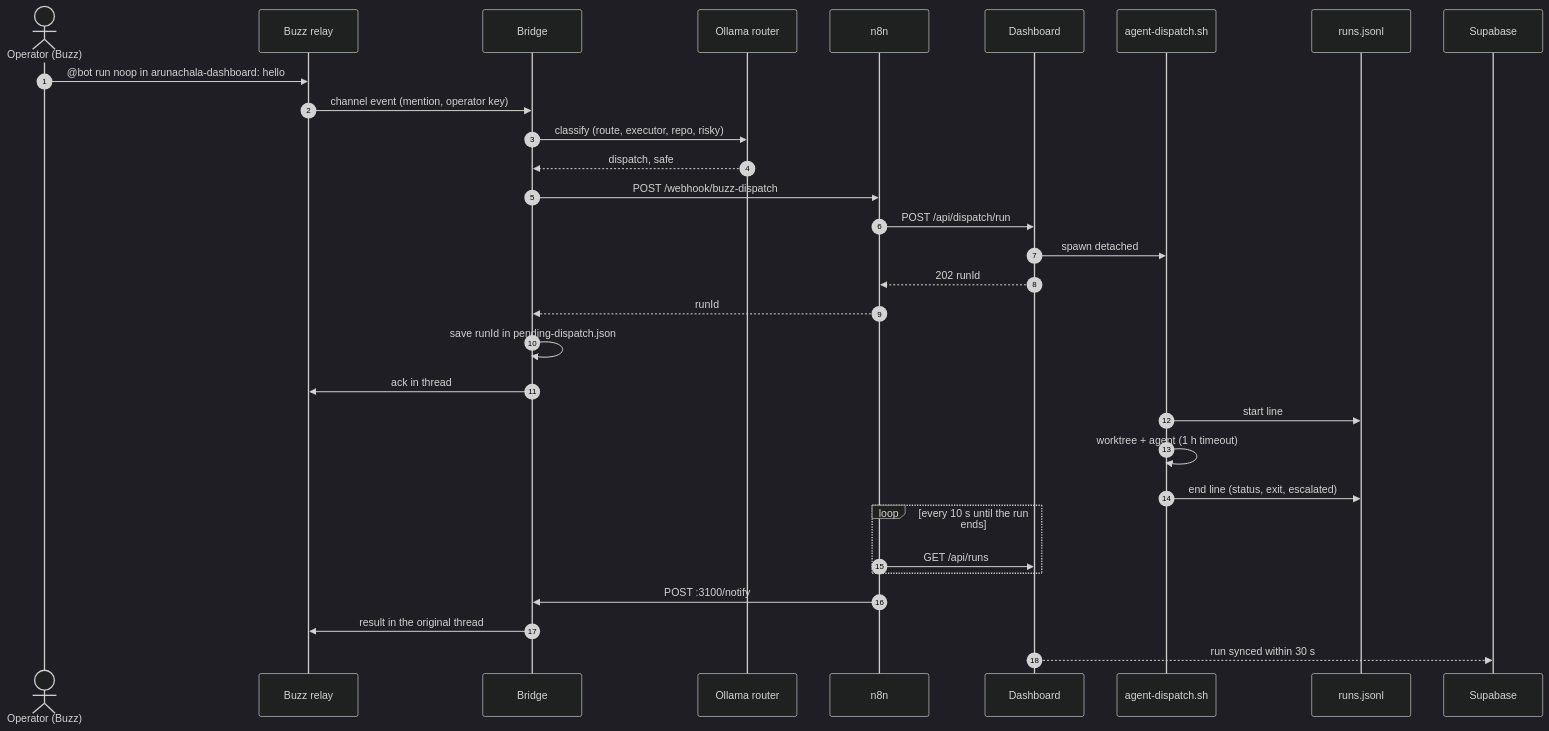
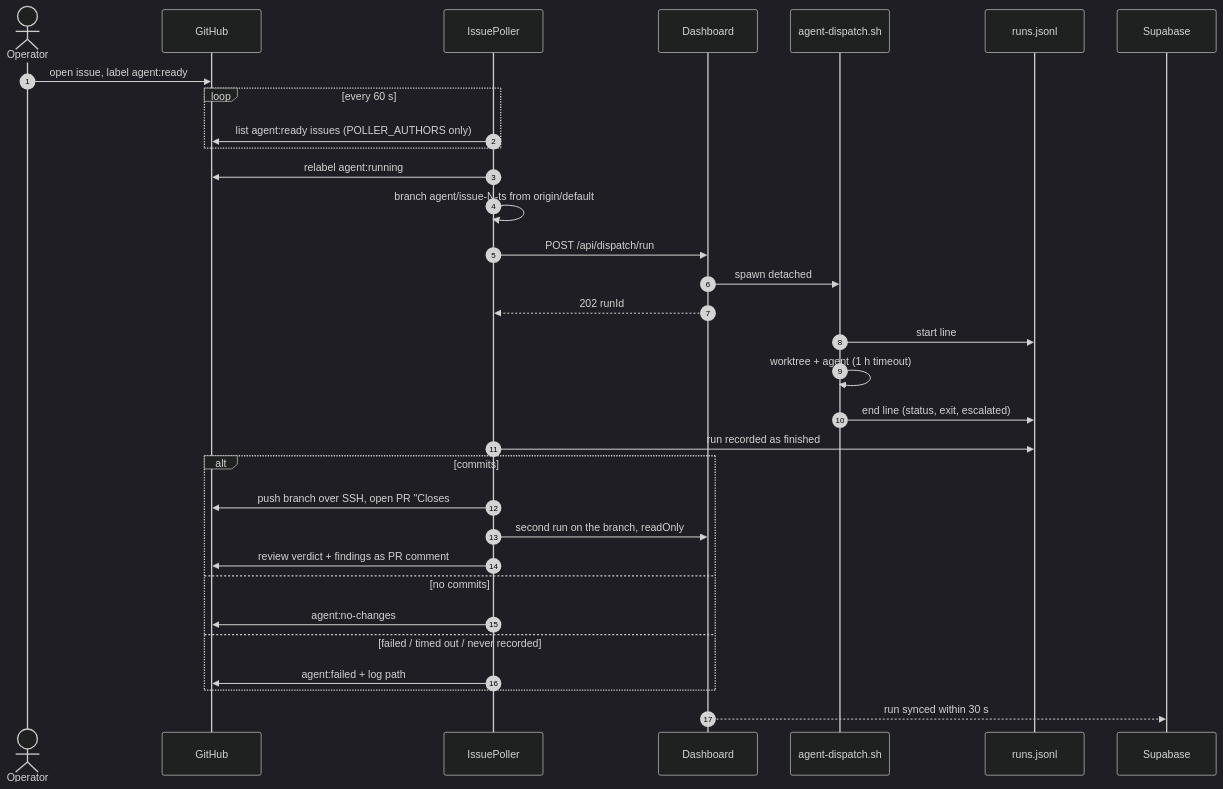
One commit to tnmurthy/fuzzy-octo-eureka changed the third of 8 diagrams in docs/HLD.md. Above: the diagram before and after it, drawn with Mermaid (dark theme). The commit also changed other lines of this file and 9 other files, not shown here.

Commit message:
docs: remove Buzz, describe the GitHub issue queue (#30)

````diff
--- a/docs/HLD.md
+++ b/docs/HLD.md
@@ -116,34 +112,35 @@
 ```mermaid
 sequenceDiagram
     autonumber
-    actor Op as Operator (Buzz)
-    participant R as Buzz relay
-    participant B as Bridge
-    participant O as Ollama router
-    participant N as n8n
+    actor Op as Operator
+    participant GH as GitHub
+    participant P as IssuePoller
     participant D as Dashboard
     participant S as agent-dispatch.sh
     participant F as runs.jsonl
     participant SB as Supabase
 
-    Op->>R: @bot run noop in arunachala-dashboard: hello
-    R->>B: channel event (mention, operator key)
-    B->>O: classify (route, executor, repo, risky)
-    O-->>B: dispatch, safe
-    B->>N: POST /webhook/buzz-dispatch
-    N->>D: POST /api/dispatch/run
+    Op->>GH: open issue, label agent:ready
+    loop every 60 s
+        P->>GH: list agent:ready issues (POLLER_AUTHORS only)
+    end
+    P->>GH: relabel agent:running
+    P->>P: branch agent/issue-N-ts from origin/default
+    P->>D: POST /api/dispatch/run
     D->>S: spawn detached
-    D-->>N: 202 runId
-    N-->>B: runId
-    B->>B: save runId in pending-dispatch.json
-    B->>R: ack in thread
+    D-->>P: 202 runId
     S->>F: start line
     S->>S: worktree + agent (1 h timeout)
     S->>F: end line (status, exit, escalated)
-    loop every 10 s until the run ends
-        N->>D: GET /api/runs
+    P->>F: run recorded as finished
+    alt commits
+        P->>GH: push branch over SSH, open PR "Closes #N", agent:review
+        P->>D: second run on the branch, readOnly
+        P->>GH: review verdict + findings as PR comment
+    else no commits
+        P->>GH: agent:no-changes
+    else failed / timed out / never recorded
+        P->>GH: agent:failed + log path
     end
-    N->>B: POST :3100/notify
-    B->>R: result in the original thread
     D-->>SB: run synced within 30 s
 ```
````
